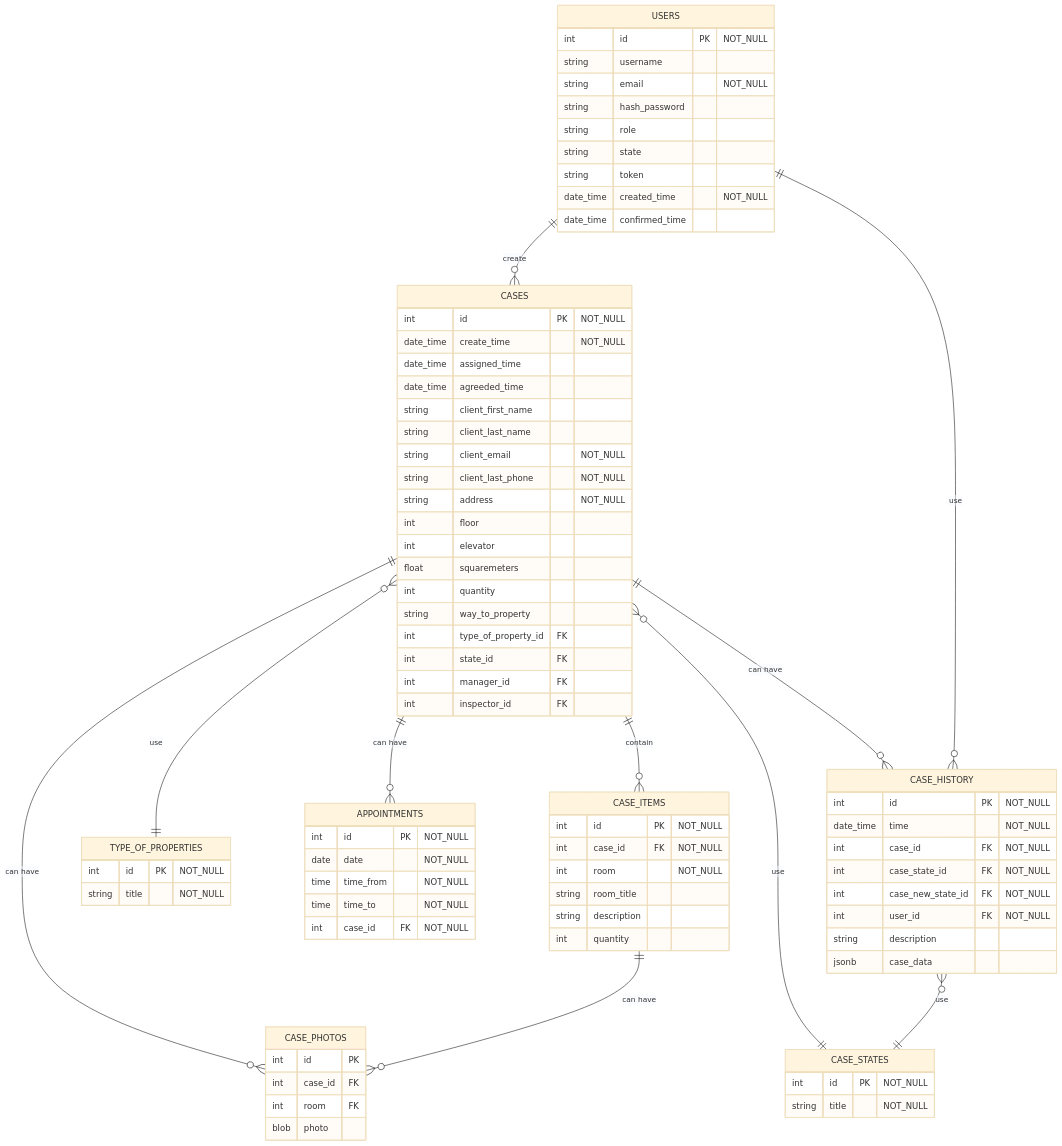
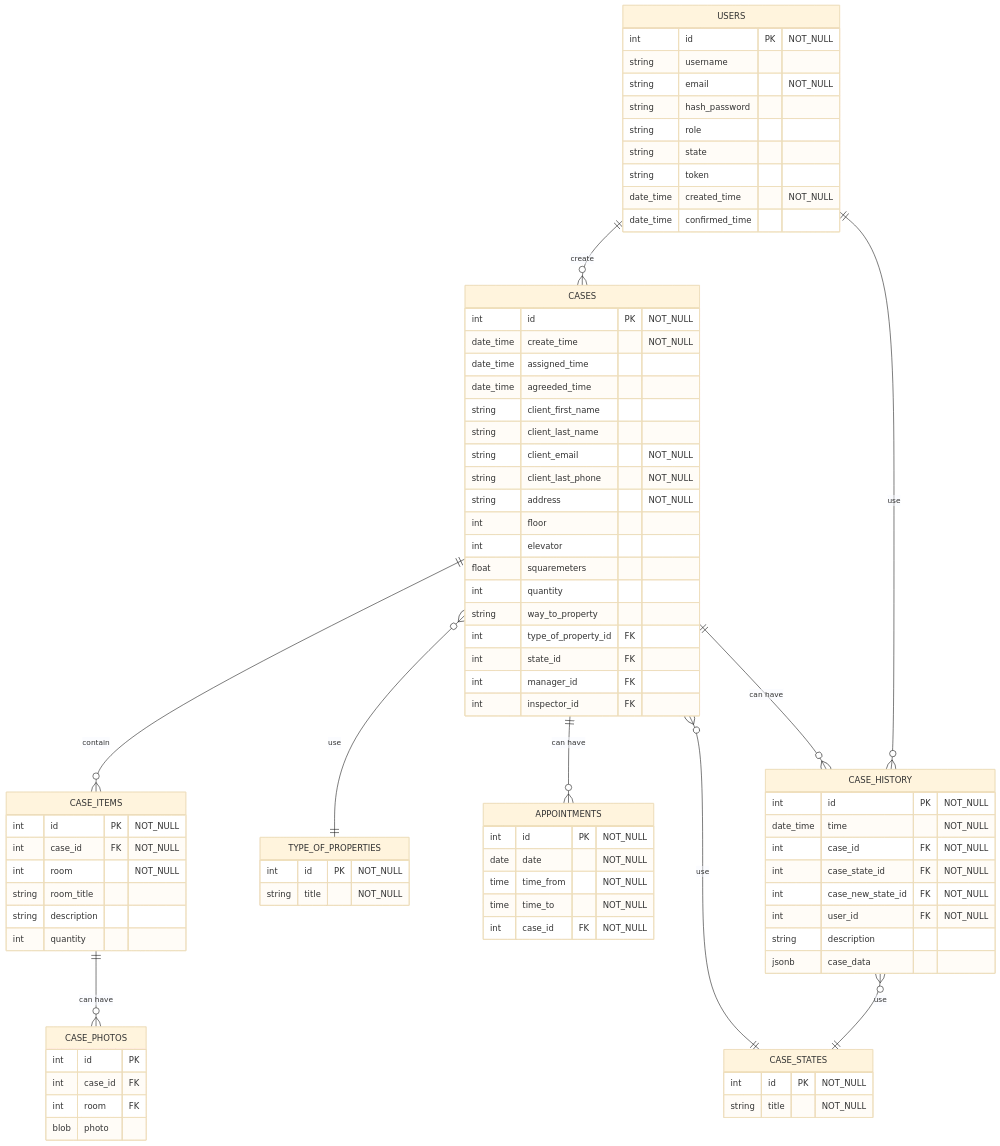
The sixth of 6 diagrams in README.md (WildCodeSchool/2022-07-EN-Berlin-Remote1-Project3Planning), drawn with Mermaid before and after one commit.

Commit message:
Deleted relation between cases and case_photos

```diff
--- a/README.md
+++ b/README.md
@@ -298,7 +298,6 @@
     CASES ||--o{ CASE_HISTORY : "can have"
     CASE_HISTORY o{--|| CASE_STATES : use
     CASE_HISTORY o{--|| USERS : use
-    CASES ||--o{ CASE_PHOTOS : "can have"
     CASE_ITEMS ||--o{ CASE_PHOTOS : "can have"
     
     
```
